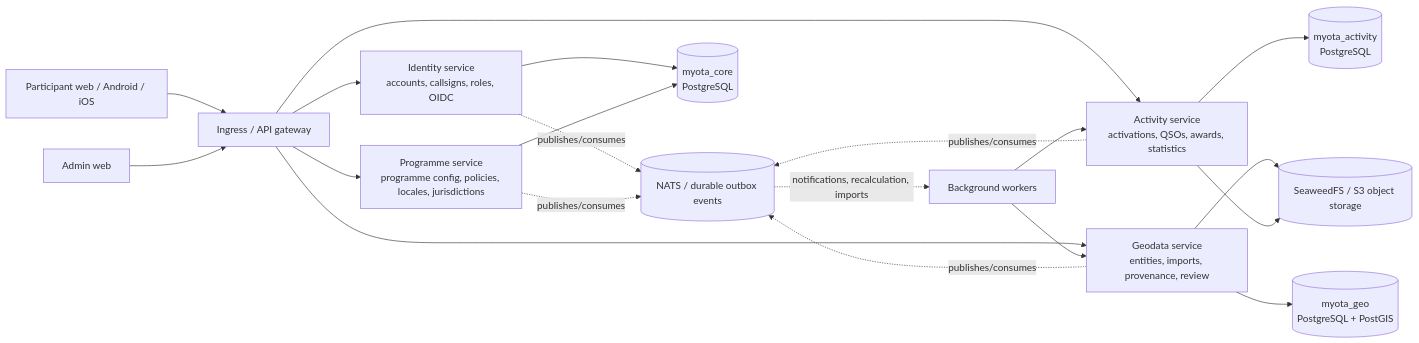
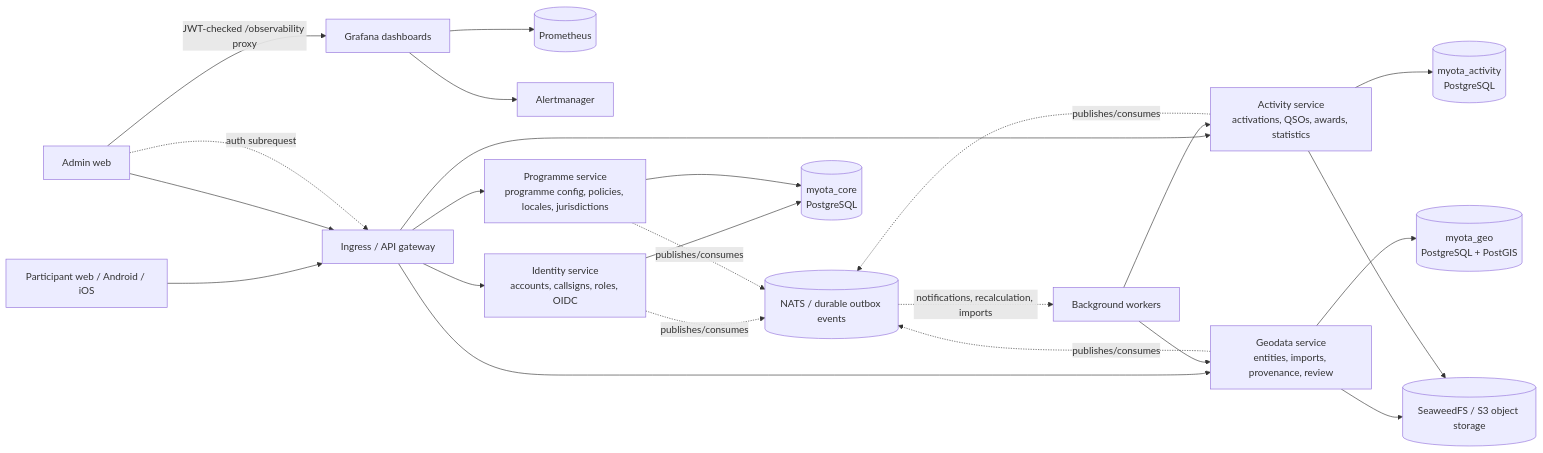
The first of 2 diagrams in docs/diagrams/service-boundaries.md (myota-platform/myota-docs), drawn with Mermaid before and after one commit. The commit also changed 2 other files, not shown here.

Commit message:
docs(ops): document authenticated observability deployment
Describe the token-validated Grafana path, read-only proxy role, internal-only telemetry services, and persistent data claims.
Update the service-boundary diagram and document that external alert delivery requires an explicitly configured receiver.

````diff
--- a/docs/diagrams/service-boundaries.md
+++ b/docs/diagrams/service-boundaries.md
@@ -8,33 +8,40 @@
 ```mermaid
 flowchart LR
   Participant[Participant web / Android / iOS]
   Admin[Admin web]
+  Grafana[Grafana dashboards]
+  Prometheus[(Prometheus)]
+  Alertmanager[Alertmanager]
   Gateway[Ingress / API gateway]
   Events[(NATS / durable outbox events)]
   Core[(myota_core\nPostgreSQL)]
   ActivityDB[(myota_activity\nPostgreSQL)]
   GeoDB[(myota_geo\nPostgreSQL + PostGIS)]
   Objects[(SeaweedFS / S3 object storage)]
 
   Participant --> Gateway
   Admin --> Gateway
+  Admin -->|JWT-checked /observability proxy| Grafana
+  Admin -. auth subrequest .-> Gateway
+  Grafana --> Prometheus
+  Grafana --> Alertmanager
   Gateway --> Identity[Identity service\naccounts, callsigns, roles, OIDC]
   Gateway --> Programme[Programme service\nprogramme config, policies, locales, jurisdictions]
   Gateway --> Geodata[Geodata service\nentities, imports, provenance, review]
   Gateway --> Activity[Activity service\nactivations, QSOs, awards, statistics]
 
   Identity --> Core
   Programme --> Core
   Geodata --> GeoDB
   Activity --> ActivityDB
   Geodata --> Objects
   Activity --> Objects
 
   Identity -. publishes/consumes .-> Events
   Programme -. publishes/consumes .-> Events
   Geodata -. publishes/consumes .-> Events
   Activity -. publishes/consumes .-> Events
   Events -. notifications, recalculation, imports .-> Workers[Background workers]
   Workers --> Activity
   Workers --> Geodata
 ```
````
